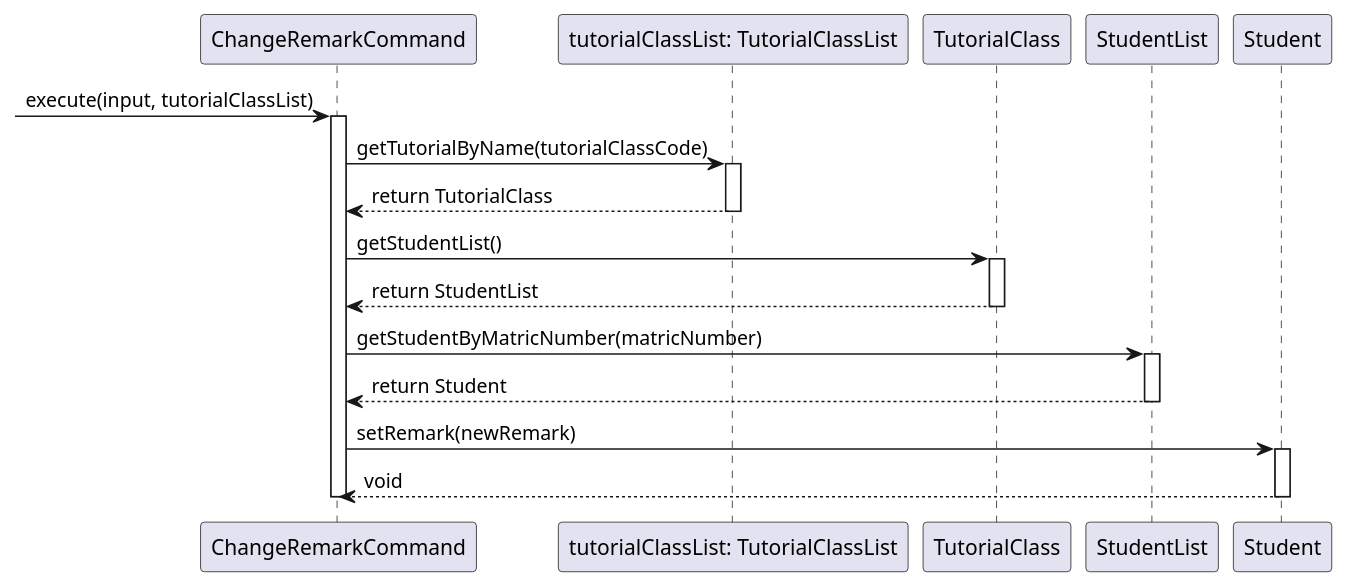
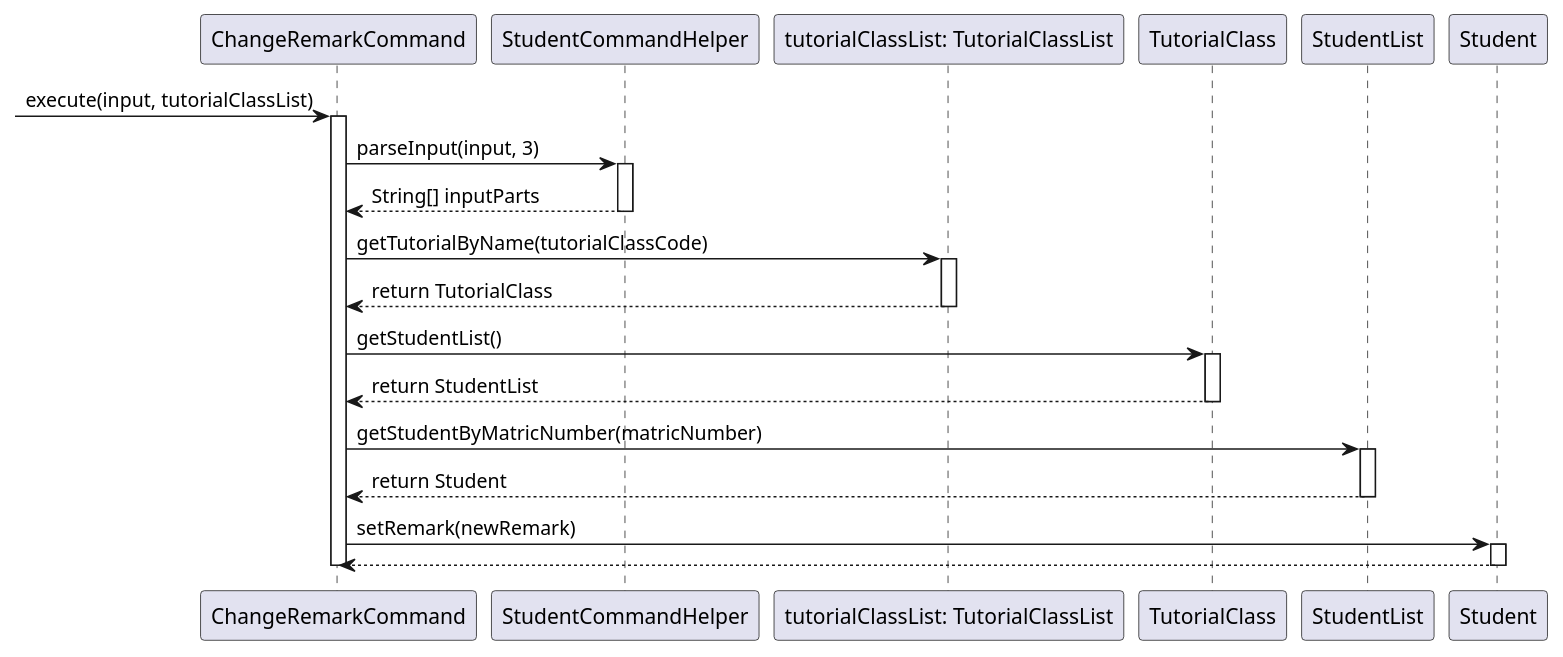
Before and after one commit to wongyihao02/tp: the diagram in docs/diagrams/studentcommands/ChangeRemarkCommandSequenceDiagram.puml, drawn with PlantUML. The commit also changed 22 other files, not shown here.

Commit message:
Update sequence diagrams in DG

```diff
--- a/docs/diagrams/studentcommands/ChangeRemarkCommandSequenceDiagram.puml
+++ b/docs/diagrams/studentcommands/ChangeRemarkCommandSequenceDiagram.puml
@@ -1,36 +1,41 @@
 @startuml
 
 participant "ChangeRemarkCommand" as CRC
+participant "StudentCommandHelper" as Helper
 participant "tutorialClassList: TutorialClassList" as TCL
 participant "TutorialClass" as TC
 participant "StudentList" as SL
 participant "Student" as S
 
 -> CRC: execute(input, tutorialClassList)
 activate CRC
 
+CRC -> Helper: parseInput(input, 3)
+activate Helper
+Helper --> CRC: String[] inputParts
+deactivate Helper
 
 CRC -> TCL: getTutorialByName(tutorialClassCode)
 activate TCL
 TCL --> CRC: return TutorialClass
 deactivate TCL
 
 
     CRC -> TC: getStudentList()
     activate TC
     TC --> CRC: return StudentList
     deactivate TC
 
     CRC -> SL: getStudentByMatricNumber(matricNumber)
     activate SL
         SL --> CRC: return Student
         deactivate SL
 
         CRC -> S: setRemark(newRemark)
         activate S
-        S --> CRC: void
+        S --> CRC:
         deactivate S
 
 
 deactivate CRC
 @enduml
```
